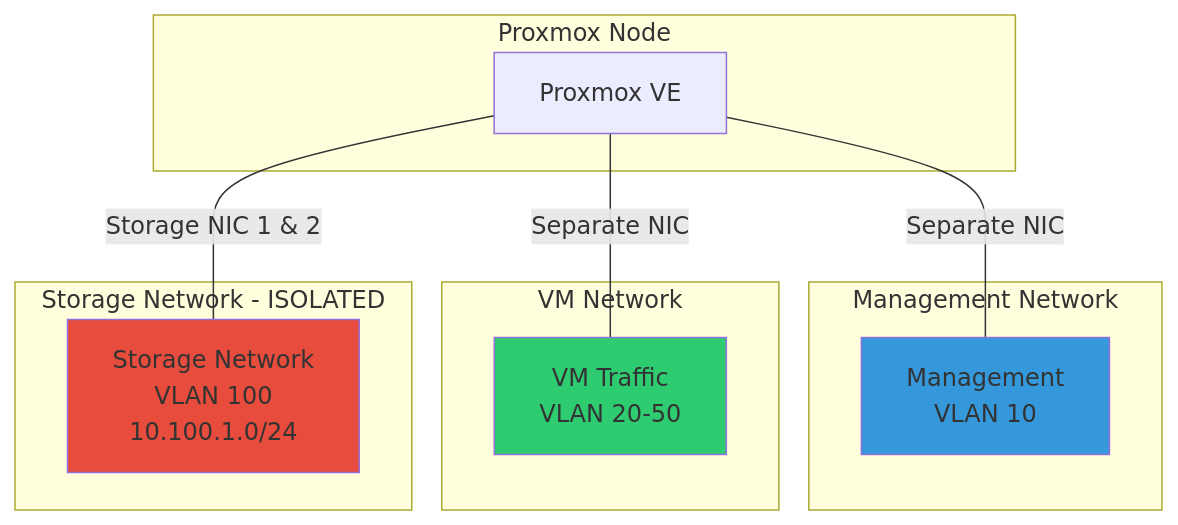
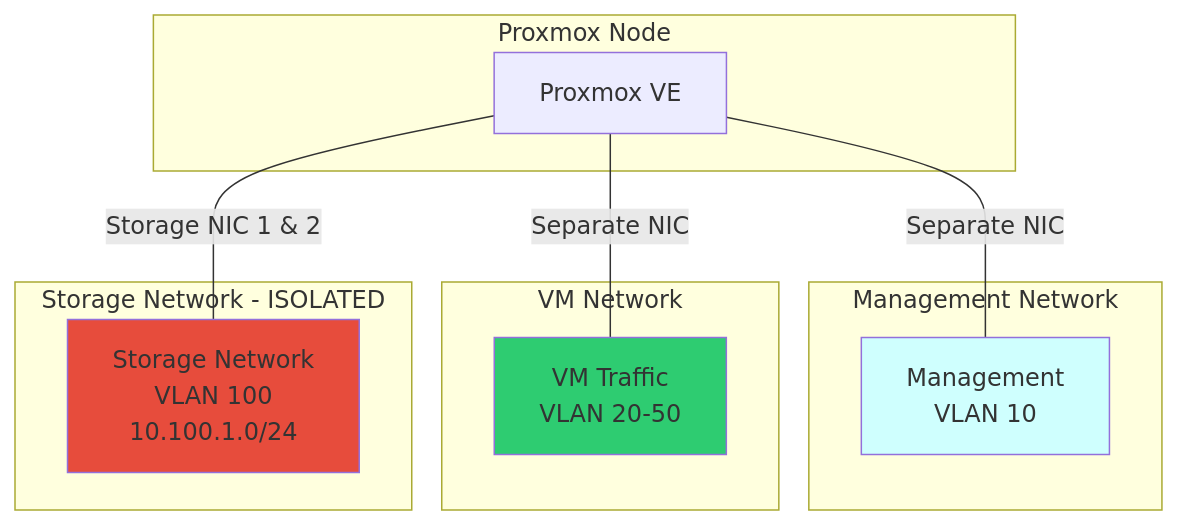
One commit to khensler/Quickstart-Guides changed the seventh of 8 diagrams in Proxmox/nvme-tcp/BEST-PRACTICES.md. Above: the diagram before and after it, drawn with Mermaid. The commit also changed other lines of this file, not shown here.

````diff
--- a/Proxmox/nvme-tcp/BEST-PRACTICES.md
+++ b/Proxmox/nvme-tcp/BEST-PRACTICES.md
@@ -1437,26 +1437,26 @@
 ```mermaid
 graph TB
     subgraph "Management Network"
         MGMT[Management<br/>VLAN 10]
     end
 
     subgraph "VM Network"
         VM[VM Traffic<br/>VLAN 20-50]
     end
 
     subgraph "Storage Network - ISOLATED"
         STORAGE[Storage Network<br/>VLAN 100<br/>10.100.1.0/24]
     end
 
     subgraph "Proxmox Node"
         NODE[Proxmox VE]
     end
 
     NODE ---|Separate NIC| MGMT
     NODE ---|Separate NIC| VM
     NODE ---|Storage NIC 1 & 2| STORAGE
 
     style STORAGE fill:#e74c3c
-    style MGMT fill:#3498db
+    style MGMT fill:#CFFFFE
     style VM fill:#2ecc71
 ```
````
